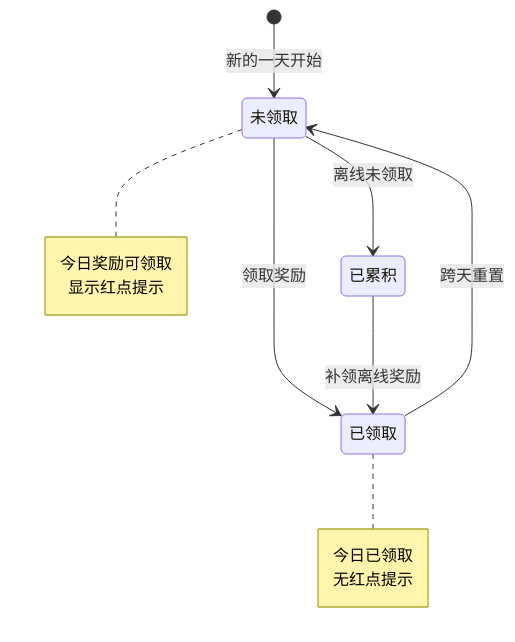
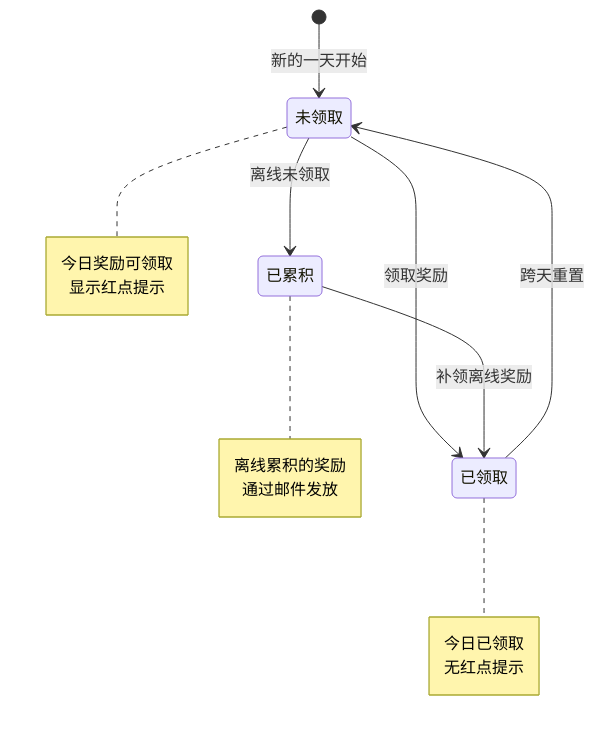
Before and after one commit to Alan-Ben/k2c_game_framework: the second of 4 diagrams in docs/Module_PrivilegeCard/06_实现细节.md, drawn with Mermaid. The commit also changed other lines of this file and 5 other files, not shown here.

````diff
--- a/docs/Module_PrivilegeCard/06_实现细节.md
+++ b/docs/Module_PrivilegeCard/06_实现细节.md
@@ -83,18 +162,23 @@
 ```mermaid
 stateDiagram-v2
     [*] --> 未领取: 新的一天开始
     未领取 --> 已领取: 领取奖励
     已领取 --> 未领取: 跨天重置
     未领取 --> 已累积: 离线未领取
     已累积 --> 已领取: 补领离线奖励
 
     note right of 未领取
         今日奖励可领取
         显示红点提示
     end note
 
     note right of 已领取
         今日已领取
         无红点提示
     end note
+
+    note right of 已累积
+        离线累积的奖励
+        通过邮件发放
+    end note
 ```
````
